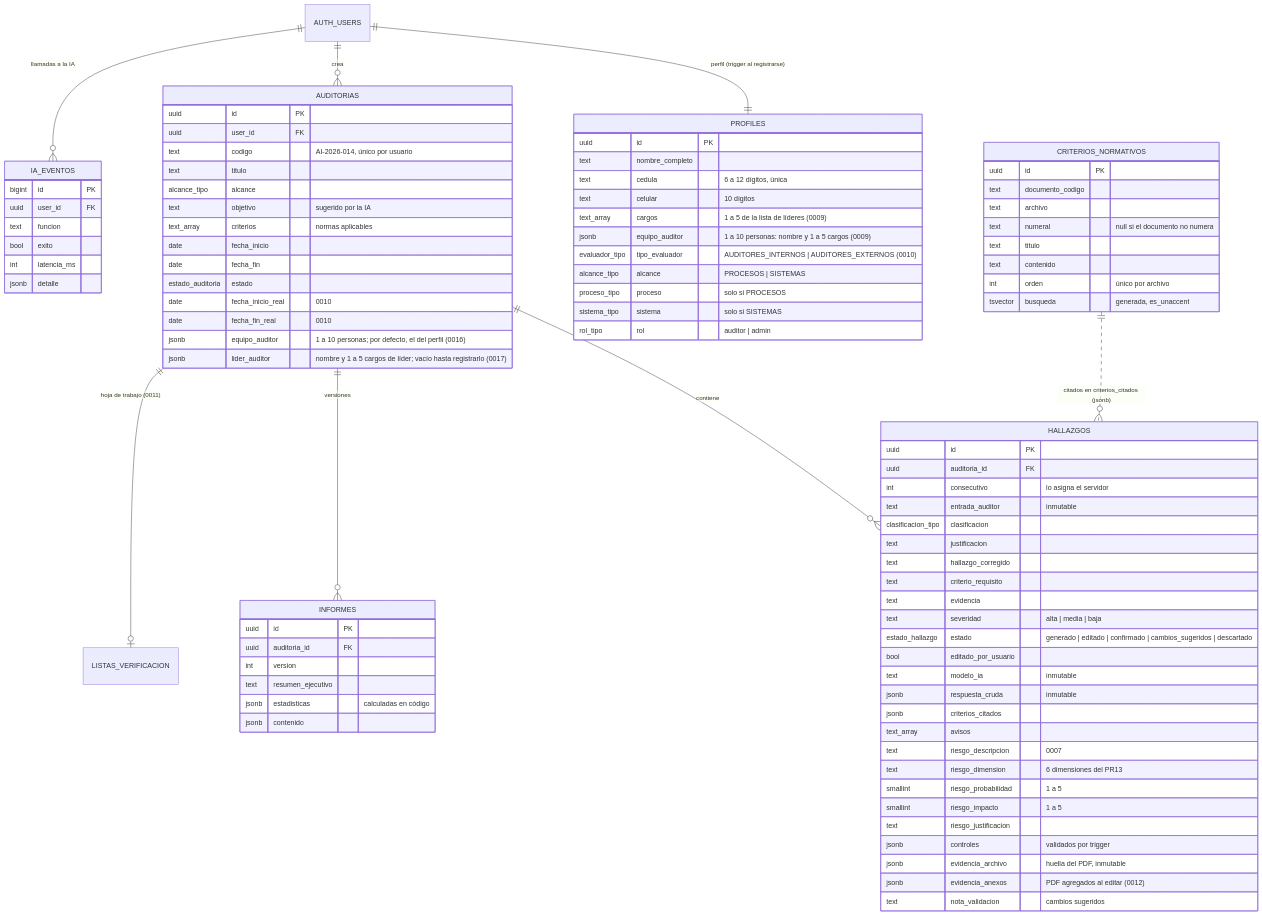
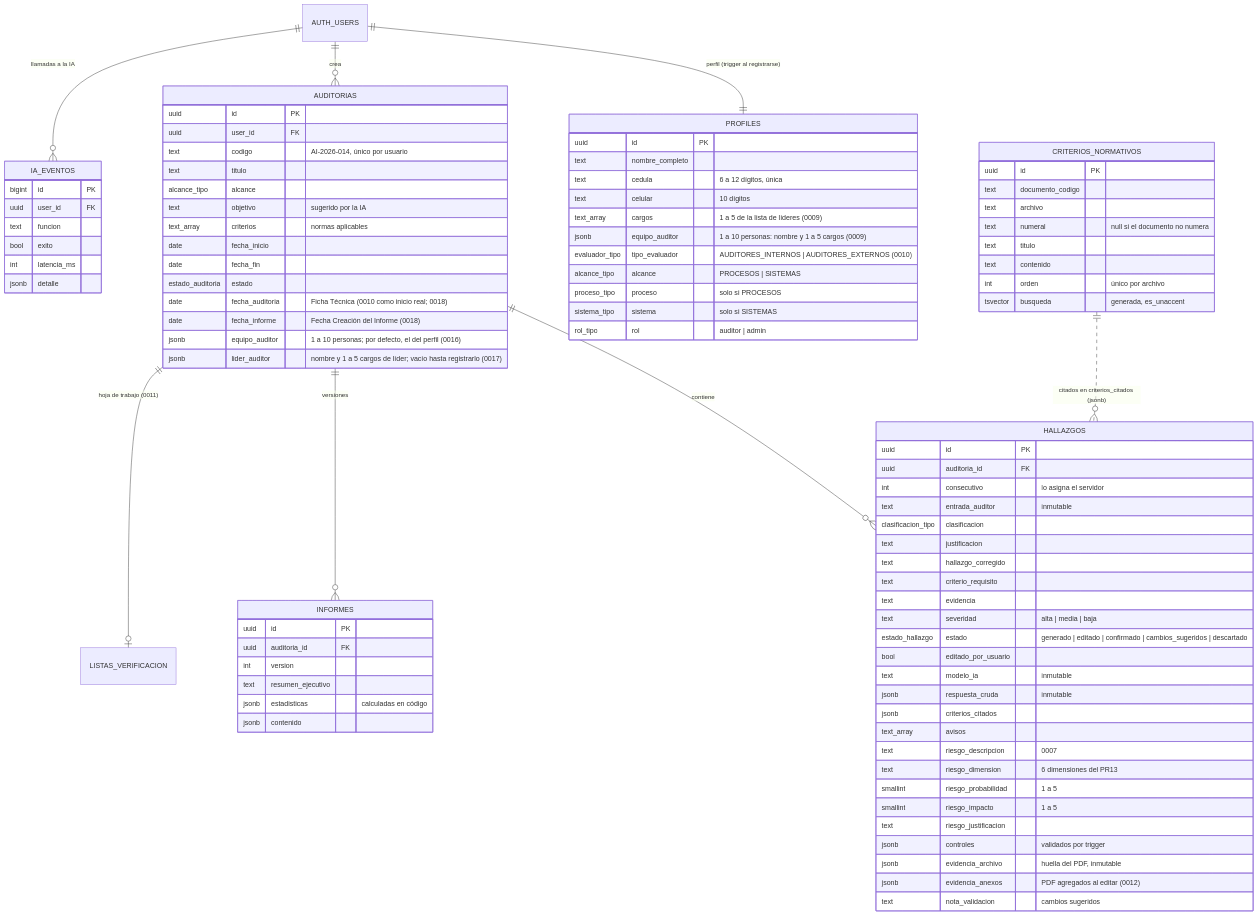
The diagram in docs/BASE_DE_DATOS.md (OscarNarvaez/pg_web_halla), drawn with Mermaid before and after one commit. The commit also changed other lines of this file and 2 other files, not shown here.

Commit message:
feat(db): «Fecha Auditoría» y «Fecha Creación del Informe» en lugar de las fechas reales (0018)

```diff
--- a/docs/BASE_DE_DATOS.md
+++ b/docs/BASE_DE_DATOS.md
@@ -58,8 +59,8 @@
     date fecha_inicio
     date fecha_fin
     estado_auditoria estado
-    date fecha_inicio_real "0010"
-    date fecha_fin_real "0010"
+    date fecha_auditoria "Ficha Técnica (0010 como inicio real; 0018)"
+    date fecha_informe "Fecha Creación del Informe (0018)"
     jsonb equipo_auditor "1 a 10 personas; por defecto, el del perfil (0016)"
     jsonb lider_auditor "nombre y 1 a 5 cargos de líder; vacío hasta registrarlo (0017)"
   }
```
